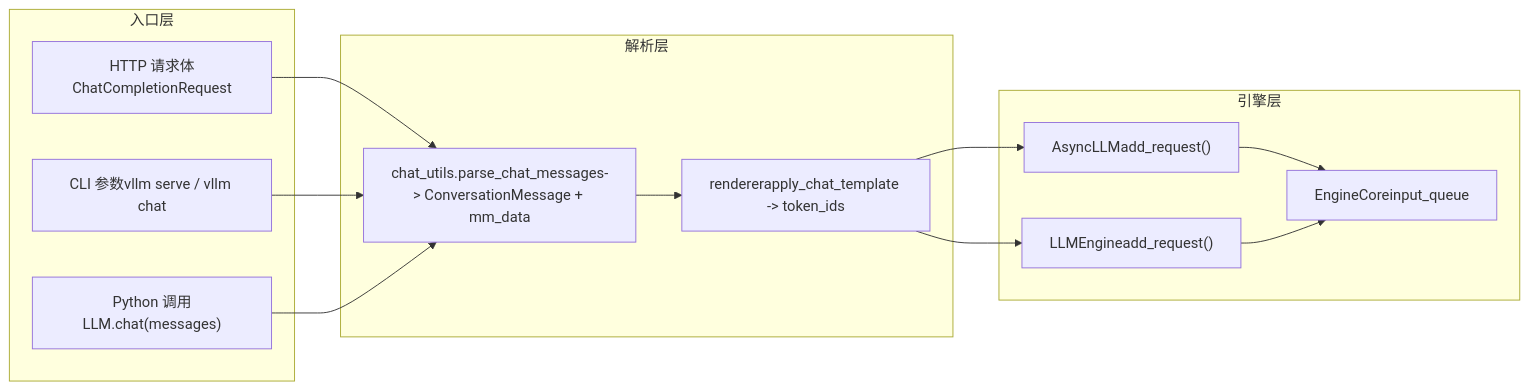
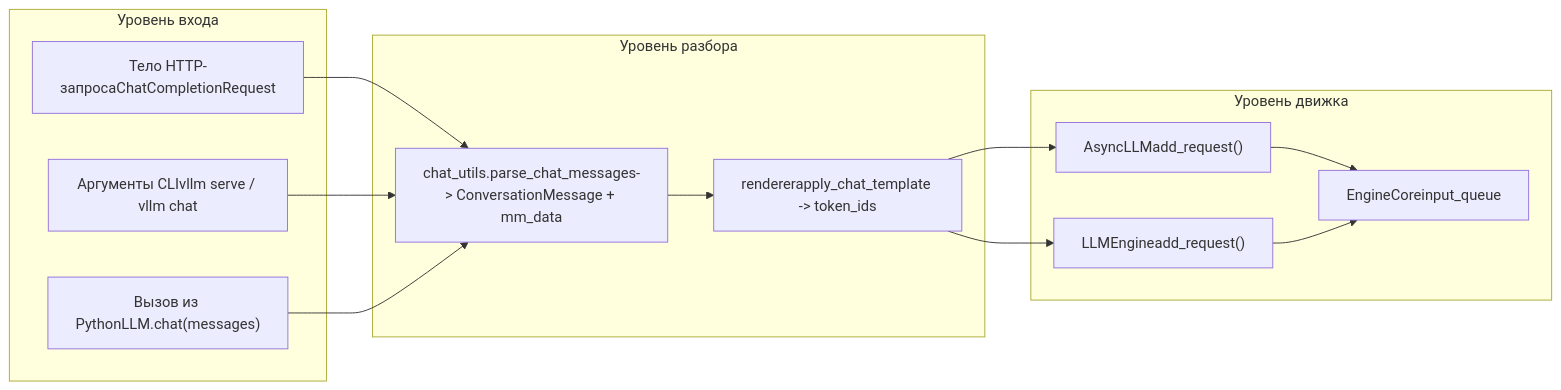
Before and after one commit to maleRjc/AiReadCodeBooks: the diagram in books/vllm/ru/03-request-lifecycle-http-to-enginecore.md, drawn with Mermaid. The commit also changed 74 other files, not shown here.

````diff
--- a/books/vllm/ru/03-request-lifecycle-http-to-enginecore.md
+++ b/books/vllm/ru/03-request-lifecycle-http-to-enginecore.md
@@ -30,28 +30,28 @@
 ```mermaid
 flowchart LR
-    subgraph entry["入口层"]
-        http["HTTP 请求体ChatCompletionRequest"]
-        cli["CLI 参数vllm serve / vllm chat"]
-        offline["Python 调用LLM.chat(messages)"]
+    subgraph entry["Уровень входа"]
+        http["Тело HTTP-запросаChatCompletionRequest"]
+        cli["Аргументы CLIvllm serve / vllm chat"]
+        offline["Вызов из PythonLLM.chat(messages)"]
     end
 
-    subgraph parse["解析层"]
+    subgraph parse["Уровень разбора"]
         chat_utils["chat_utils.parse_chat_messages-> ConversationMessage + mm_data"]
         renderer["rendererapply_chat_template -> token_ids"]
     end
 
-    subgraph engine["引擎层"]
+    subgraph engine["Уровень движка"]
         async_llm["AsyncLLMadd_request()"]
         llm_engine["LLMEngineadd_request()"]
         core["EngineCoreinput_queue"]
     end
 
     http --> chat_utils
     cli --> chat_utils
     offline --> chat_utils
     chat_utils --> renderer
     renderer --> async_llm
     renderer --> llm_engine
     async_llm --> core
     llm_engine --> core
 ```
````
